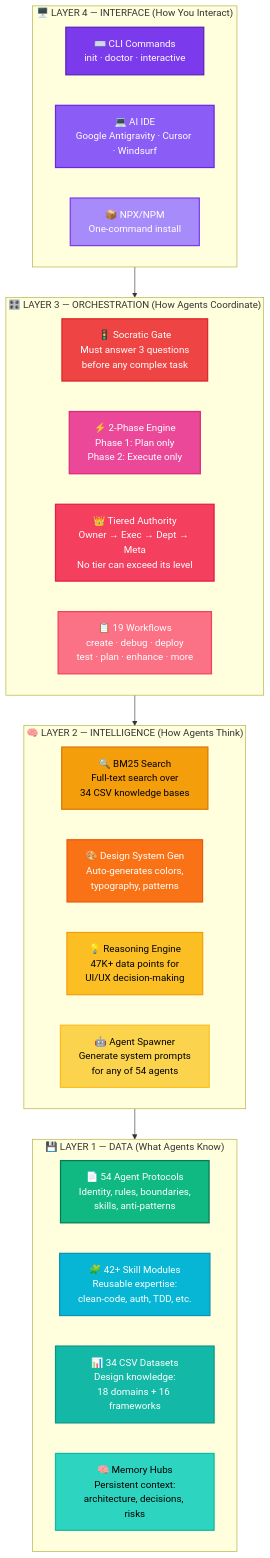
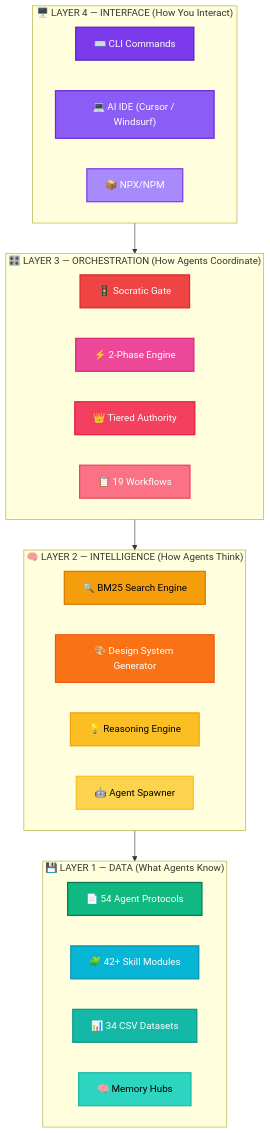
Before and after one commit to Ab-aswini/Agent-kit-P1: the third of 7 diagrams in README.md, drawn with Mermaid. The commit also changed other lines of this file and 234 other files, not shown here.

````diff
--- a/README.md
+++ b/README.md
@@ -290,51 +254,51 @@
 ```mermaid
 %%{init: {'theme': 'default'}}%%
 
 graph TD
   subgraph L4["🖥️ LAYER 4 — INTERFACE  (How You Interact)"]
-    CLI["⌨️ CLI Commands<br/>init · doctor · interactive"]
-    IDE["💻 AI IDE<br/>Google Antigravity · Cursor · Windsurf"]
-    NPX["📦 NPX/NPM<br/>One-command install"]
+    CLI["⌨️ CLI Commands"]
+    IDE["💻 AI IDE (Cursor / Windsurf)"]
+    NPX["📦 NPX/NPM"]
   end
 
   subgraph L3["🎛️ LAYER 3 — ORCHESTRATION  (How Agents Coordinate)"]
-    GATE["🚦 Socratic Gate<br/>Must answer 3 questions<br/>before any complex task"]
-    PHASE["⚡ 2-Phase Engine<br/>Phase 1: Plan only<br/>Phase 2: Execute only"]
-    GOV["👑 Tiered Authority<br/>Owner → Exec → Dept → Meta<br/>No tier can exceed its level"]
-    WF["📋 19 Workflows<br/>create · debug · deploy<br/>test · plan · enhance · more"]
+    GATE["🚦 Socratic Gate"]
+    PHASE["⚡ 2-Phase Engine"]
+    GOV["👑 Tiered Authority"]
+    WF["📋 19 Workflows"]
   end
 
   subgraph L2["🧠 LAYER 2 — INTELLIGENCE  (How Agents Think)"]
-    BM25["🔍 BM25 Search<br/>Full-text search over<br/>34 CSV knowledge bases"]
-    DSG["🎨 Design System Gen<br/>Auto-generates colors,<br/>typography, patterns"]
-    REASON["💡 Reasoning Engine<br/>47K+ data points for<br/>UI/UX decision-making"]
-    SPAWN["🤖 Agent Spawner<br/>Generate system prompts<br/>for any of 54 agents"]
+    BM25["🔍 BM25 Search Engine"]
+    DSG["🎨 Design System Generator"]
+    REASON["💡 Reasoning Engine"]
+    SPAWN["🤖 Agent Spawner"]
   end
 
   subgraph L1["💾 LAYER 1 — DATA  (What Agents Know)"]
-    AGENTS["📄 54 Agent Protocols<br/>Identity, rules, boundaries,<br/>skills, anti-patterns"]
-    SKILLS["🧩 42+ Skill Modules<br/>Reusable expertise:<br/>clean-code, auth, TDD, etc."]
-    CSV["📊 34 CSV Datasets<br/>Design knowledge:<br/>18 domains + 16 frameworks"]
-    MEM["🧠 Memory Hubs<br/>Persistent context:<br/>architecture, decisions, risks"]
+    AGENTS["📄 54 Agent Protocols"]
+    SKILLS["🧩 42+ Skill Modules"]
+    CSV["📊 34 CSV Datasets"]
+    MEM["🧠 Memory Hubs"]
   end
 
   L4 --> L3
   L3 --> L2
   L2 --> L1
 
   style CLI fill:#7C3AED,stroke:#5B21B6,stroke-width:2px,color:#fff
   style IDE fill:#8B5CF6,stroke:#6D28D9,stroke-width:2px,color:#fff
   style NPX fill:#A78BFA,stroke:#7C3AED,stroke-width:2px,color:#fff
   style GATE fill:#EF4444,stroke:#DC2626,stroke-width:2px,color:#fff
   style PHASE fill:#EC4899,stroke:#DB2777,stroke-width:2px,color:#fff
   style GOV fill:#F43F5E,stroke:#E11D48,stroke-width:2px,color:#fff
   style WF fill:#FB7185,stroke:#F43F5E,stroke-width:2px,color:#fff
   style BM25 fill:#F59E0B,stroke:#D97706,stroke-width:2px,color:#000
   style DSG fill:#F97316,stroke:#EA580C,stroke-width:2px,color:#fff
   style REASON fill:#FBBF24,stroke:#F59E0B,stroke-width:2px,color:#000
   style SPAWN fill:#FCD34D,stroke:#FBBF24,stroke-width:2px,color:#000
   style AGENTS fill:#10B981,stroke:#047857,stroke-width:2px,color:#fff
   style SKILLS fill:#06B6D4,stroke:#0891B2,stroke-width:2px,color:#fff
   style CSV fill:#14B8A6,stroke:#0D9488,stroke-width:2px,color:#fff
   style MEM fill:#2DD4BF,stroke:#14B8A6,stroke-width:2px,color:#000
 ```
````
